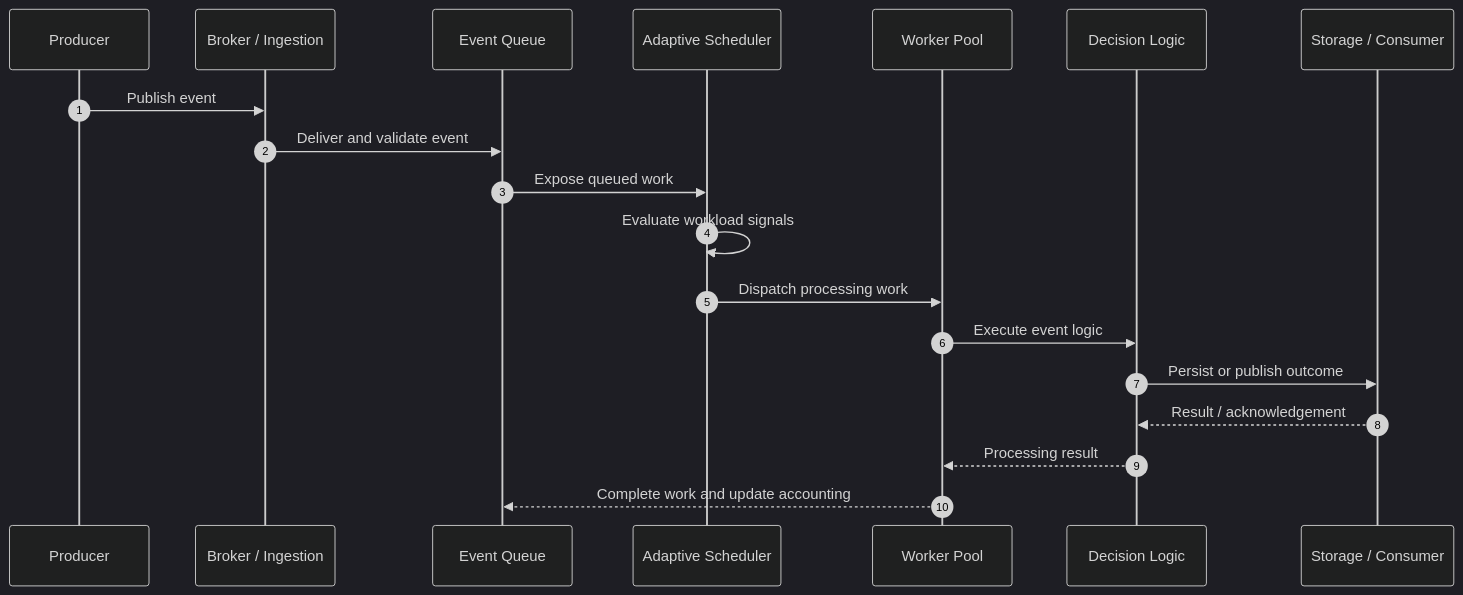
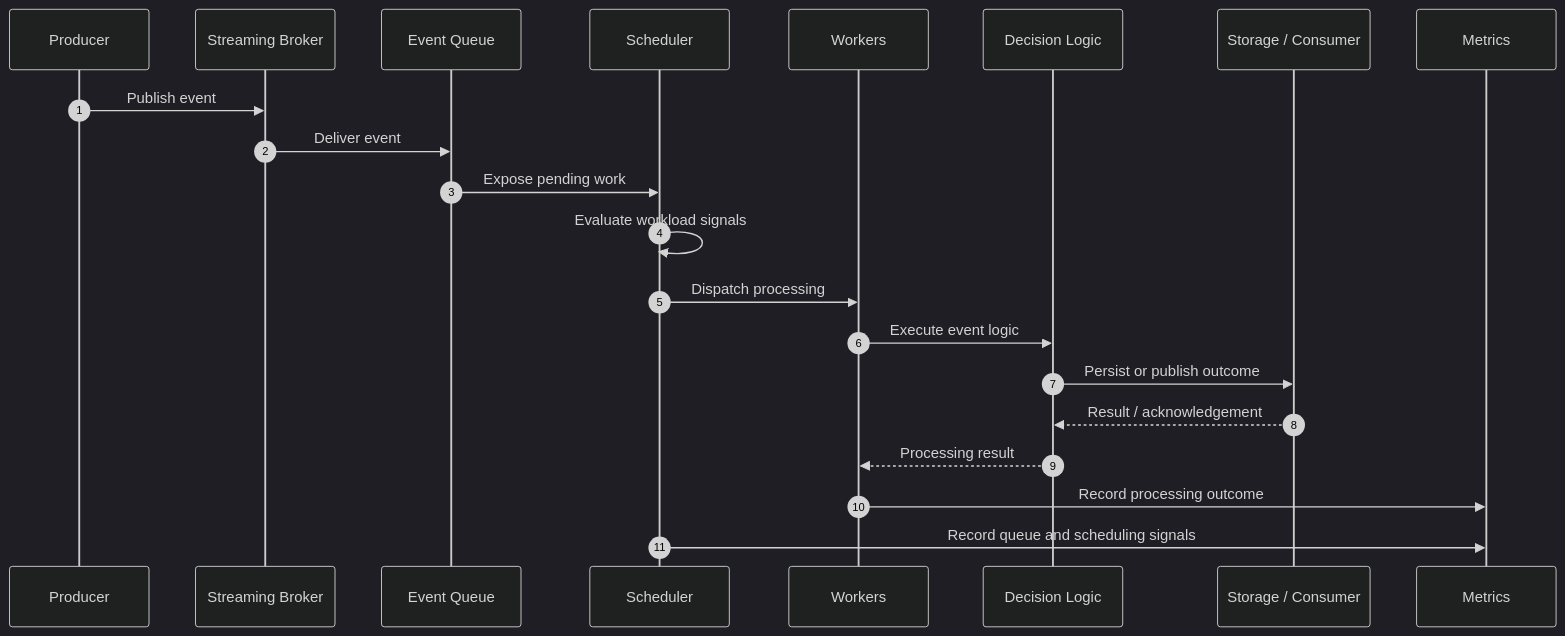
One commit to gavneet0030/NexusFlow changed the second of 3 diagrams in README.md. Above: the diagram before and after it, drawn with Mermaid (dark theme). The commit also changed other lines of this file, not shown here.

````diff
--- a/README.md
+++ b/README.md
@@ -302,22 +211,24 @@
 ```mermaid
 sequenceDiagram
     autonumber
     participant P as Producer
-    participant B as Broker / Ingestion
+    participant B as Streaming Broker
     participant Q as Event Queue
-    participant S as Adaptive Scheduler
-    participant W as Worker Pool
+    participant S as Scheduler
+    participant W as Workers
     participant D as Decision Logic
     participant DB as Storage / Consumer
+    participant M as Metrics
 
     P->>B: Publish event
-    B->>Q: Deliver and validate event
-    Q->>S: Expose queued work
+    B->>Q: Deliver event
+    Q->>S: Expose pending work
     S->>S: Evaluate workload signals
-    S->>W: Dispatch processing work
+    S->>W: Dispatch processing
     W->>D: Execute event logic
     D->>DB: Persist or publish outcome
     DB-->>D: Result / acknowledgement
     D-->>W: Processing result
-    W-->>Q: Complete work and update accounting
+    W->>M: Record processing outcome
+    S->>M: Record queue and scheduling signals
 ```
````
